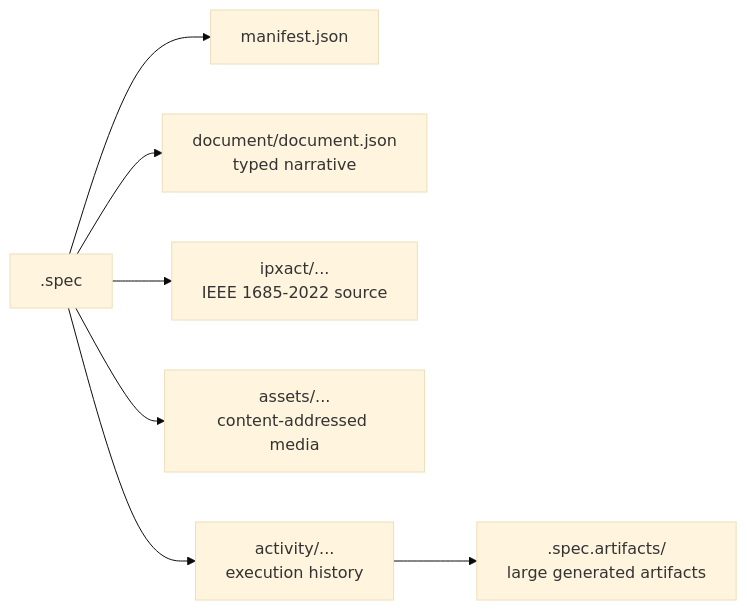
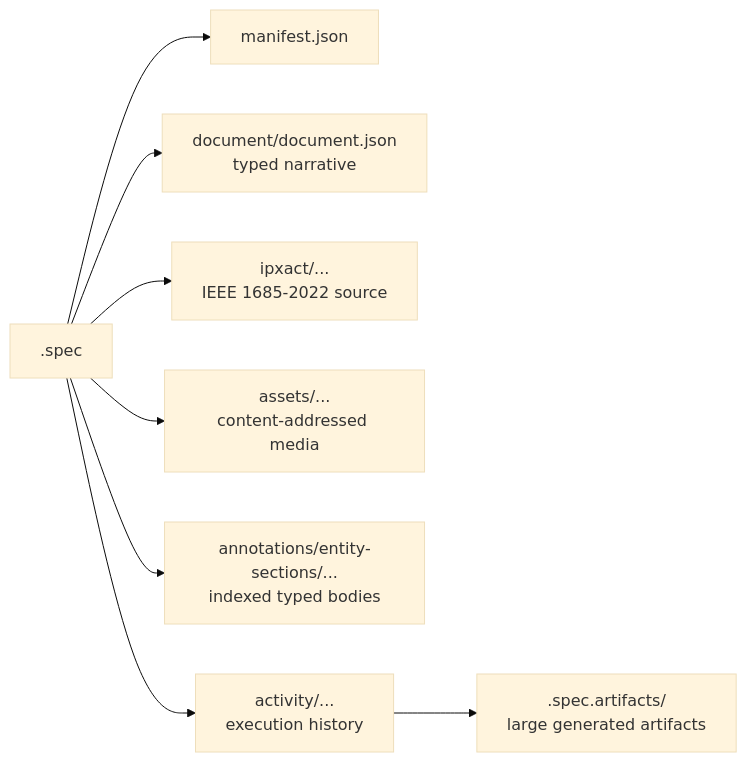
The second of 3 diagrams in docs/architecture.md (ankdesh/spec2gds), drawn with Mermaid (base theme) before and after one commit. The commit also changed other lines of this file and 38 other files, not shown here.

````diff
--- a/docs/architecture.md
+++ b/docs/architecture.md
@@ -71,9 +71,10 @@
 ```mermaid
 flowchart LR
     P[".spec"] --> M["manifest.json"]
     P --> N["document/document.json<br/>typed narrative"]
     P --> X["ipxact/...<br/>IEEE 1685-2022 source"]
     P --> A["assets/...<br/>content-addressed media"]
+    P --> E["annotations/entity-sections/...<br/>indexed typed bodies"]
     P --> H["activity/...<br/>execution history"]
     H --> S[".spec.artifacts/<br/>large generated artifacts"]
 ```
````
